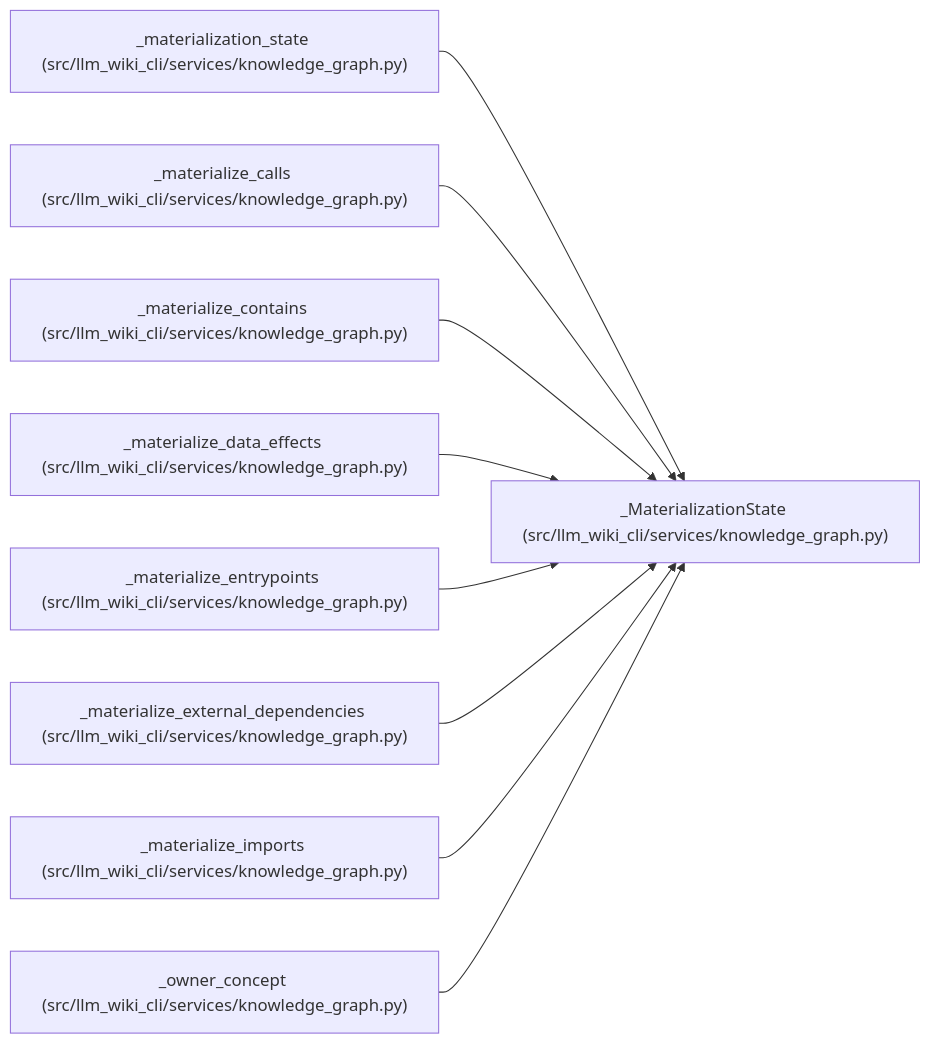
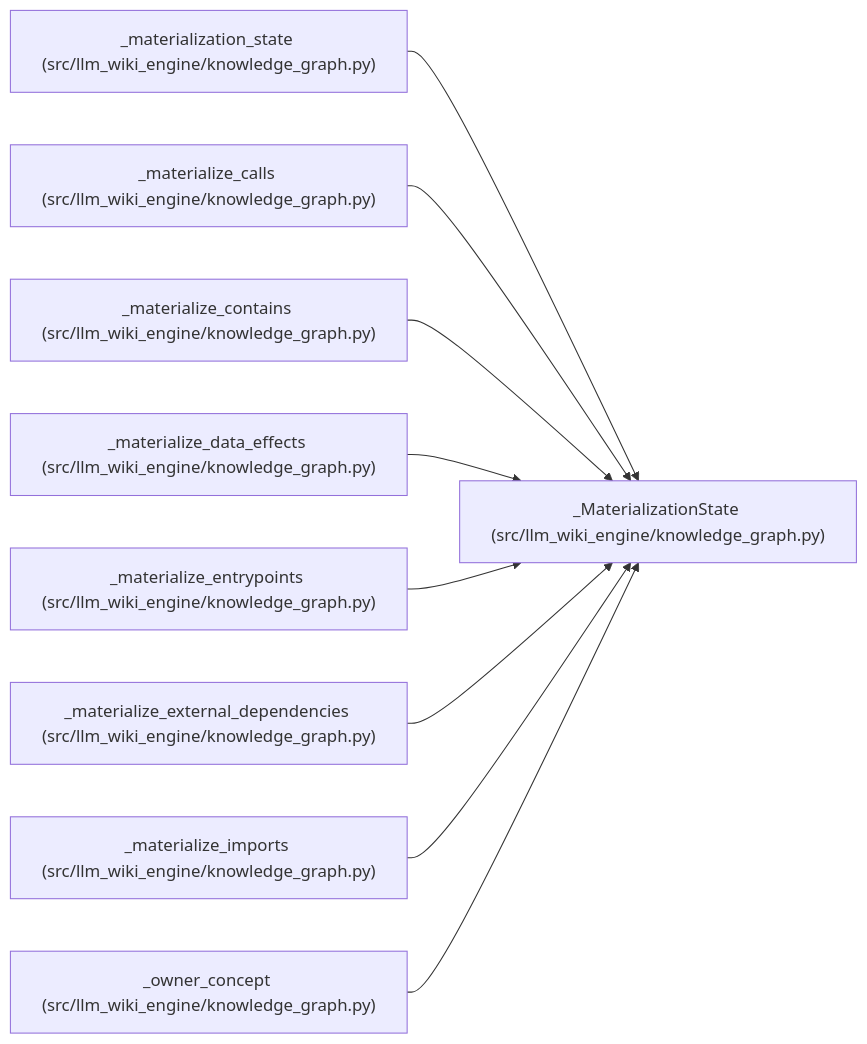
Before and after one commit to Denissvgn/python-wiki-llm: the diagram in docs/llm_wiki/entities/MaterializationState.md, drawn with Mermaid. The commit also changed other lines of this file and 1103 other files, not shown here.

First line of the commit message:
docs: refresh the wiki for the llm-wiki-engine distribution

````diff
--- a/docs/llm_wiki/entities/MaterializationState.md
+++ b/docs/llm_wiki/entities/MaterializationState.md
@@ -36,29 +36,29 @@
 ```mermaid
 flowchart LR
-    n0["_MaterializationState (src/llm_wiki_cli/services/knowledge_graph.py)"]
-    n1["_materialization_state (src/llm_wiki_cli/services/knowledge_graph.py)"]
-    n2["_materialize_calls (src/llm_wiki_cli/services/knowledge_graph.py)"]
-    n3["_materialize_contains (src/llm_wiki_cli/services/knowledge_graph.py)"]
-    n4["_materialize_data_effects (src/llm_wiki_cli/services/knowledge_graph.py)"]
-    n5["_materialize_entrypoints (src/llm_wiki_cli/services/knowledge_graph.py)"]
-    n6["_materialize_external_dependencies (src/llm_wiki_cli/services/knowledge_graph.py)"]
-    n7["_materialize_imports (src/llm_wiki_cli/services/knowledge_graph.py)"]
-    n8["_owner_concept (src/llm_wiki_cli/services/knowledge_graph.py)"]
+    n0["_MaterializationState (src/llm_wiki_engine/knowledge_graph.py)"]
+    n1["_materialization_state (src/llm_wiki_engine/knowledge_graph.py)"]
+    n2["_materialize_calls (src/llm_wiki_engine/knowledge_graph.py)"]
+    n3["_materialize_contains (src/llm_wiki_engine/knowledge_graph.py)"]
+    n4["_materialize_data_effects (src/llm_wiki_engine/knowledge_graph.py)"]
+    n5["_materialize_entrypoints (src/llm_wiki_engine/knowledge_graph.py)"]
+    n6["_materialize_external_dependencies (src/llm_wiki_engine/knowledge_graph.py)"]
+    n7["_materialize_imports (src/llm_wiki_engine/knowledge_graph.py)"]
+    n8["_owner_concept (src/llm_wiki_engine/knowledge_graph.py)"]
     n1 --> n0
     n2 --> n0
     n3 --> n0
     n4 --> n0
     n5 --> n0
     n6 --> n0
     n7 --> n0
     n8 --> n0
     click n0 "../modules/knowledge_graph.md"
     click n1 "../modules/knowledge_graph.md"
     click n2 "../modules/knowledge_graph.md"
     click n3 "../modules/knowledge_graph.md"
     click n4 "../modules/knowledge_graph.md"
     click n5 "../modules/knowledge_graph.md"
     click n6 "../modules/knowledge_graph.md"
     click n7 "../modules/knowledge_graph.md"
     click n8 "../modules/knowledge_graph.md"
 ```
````
